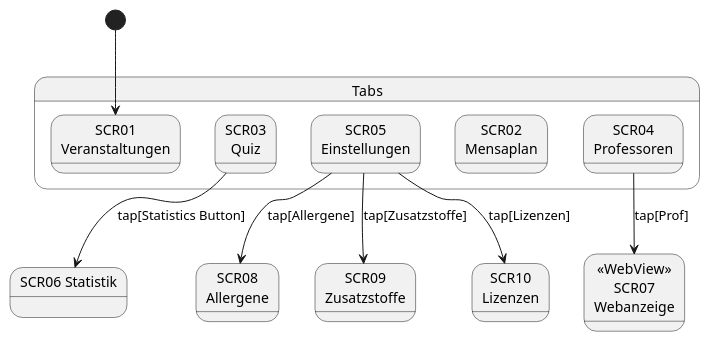
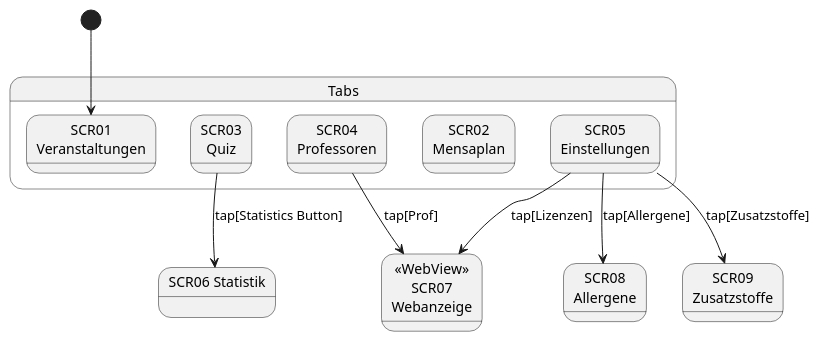
The diagram in Interaktionsdesign.pu (RobinNunkesser/plantuml), drawn with PlantUML before and after one commit.

```diff
--- a/Interaktionsdesign.pu
+++ b/Interaktionsdesign.pu
@@ -1,24 +1,22 @@
 @startuml
 
 state Tabs {
 state "SCR03\nQuiz" as SCR04
 state "SCR02\nMensaplan" as SCR03
 state "SCR05\nEinstellungen" as SCR09
 state "SCR04\nProfessoren" as SCR06
 state "SCR01\nVeranstaltungen" as SCR02
 }
 [*] --> SCR02
 
 state "SCR06 Statistik" as SCR07
 state "<<WebView>>\nSCR07\nWebanzeige" as SCR11
 state "SCR08\nAllergene" as SCR13
 state "SCR09\nZusatzstoffe" as SCR12
-state "SCR10\nLizenzen" as SCR14
-
 
 SCR04 --> SCR07 : tap[Statistics Button]
 SCR06 --> SCR11 : tap[Prof]
 SCR09 --> SCR12 : tap[Zusatzstoffe]
 SCR09 --> SCR13 : tap[Allergene]
-SCR09 --> SCR14 : tap[Lizenzen]
+SCR09 --> SCR11 : tap[Lizenzen]
 @enduml
```
